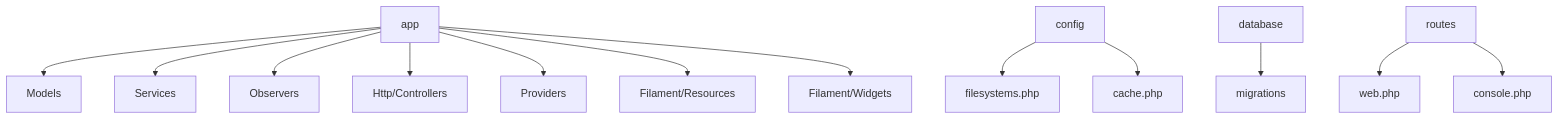
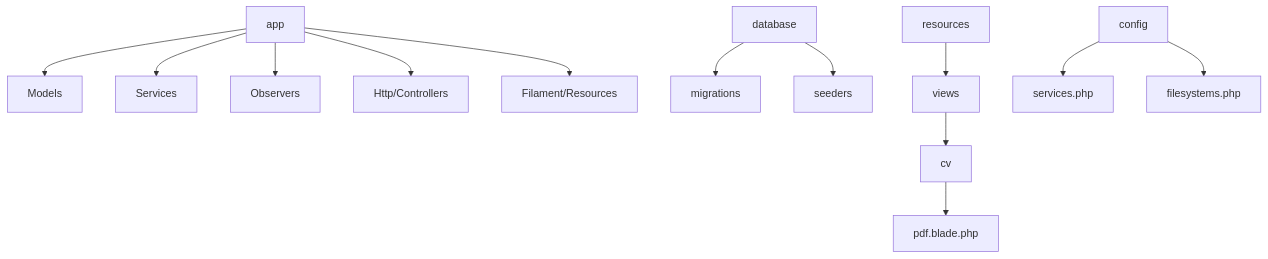
Before and after one commit to withoutfanfare/cv-builder: the first of 8 diagrams in .qoder/repowiki/en/content/Architecture & Design/Architecture & Design.md, drawn with Mermaid. The commit also changed other lines of this file and 128 other files, not shown here.

````diff
--- a/.qoder/repowiki/en/content/Architecture & Design/Architecture & Design.md
+++ b/.qoder/repowiki/en/content/Architecture & Design/Architecture & Design.md
@@ -50,15 +38,15 @@
 ```mermaid
 graph TD
 A[app] --> B[Models]
 A --> C[Services]
 A --> D[Observers]
 A --> E[Http/Controllers]
-A --> F[Providers]
-A --> G[Filament/Resources]
-A --> H[Filament/Widgets]
-I[config] --> J[filesystems.php]
-I --> K[cache.php]
-L[database] --> M[migrations]
-N[routes] --> O[web.php]
-N --> P[console.php]
+A --> F[Filament/Resources]
+G[database] --> H[migrations]
+G --> I[seeders]
+J[resources] --> K[views]
+K --> L[cv]
+L --> M[pdf.blade.php]
+N[config] --> O[services.php]
+N --> P[filesystems.php]
 ```
````
